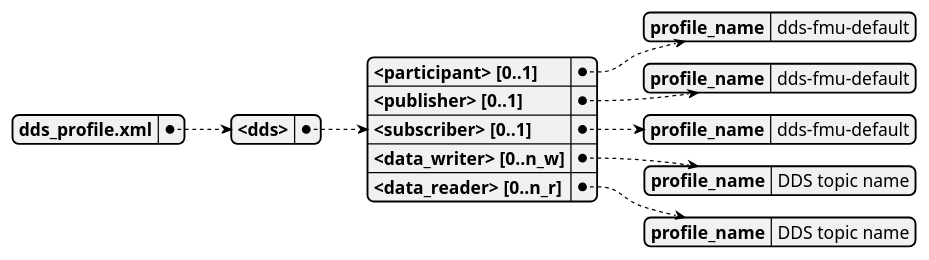
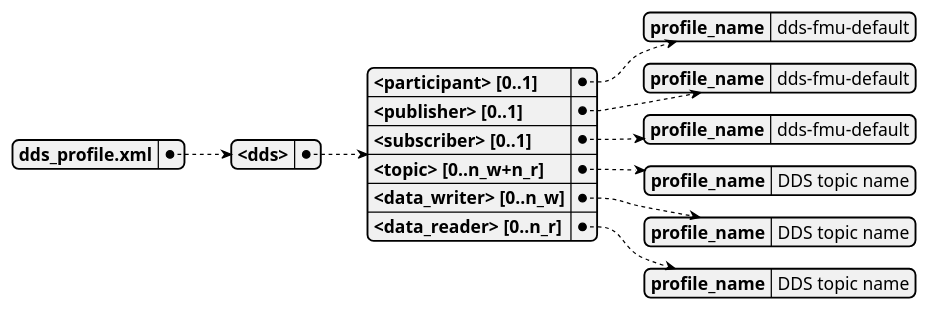
Before and after one commit to dnv-opensource/dds-fmu: the fourth of 5 diagrams in docs/pdf/readme.org, drawn with PlantUML. The commit also changed other lines of this file and 11 other files, not shown here.

```diff
--- a/docs/pdf/readme.org
+++ b/docs/pdf/readme.org
@@ -243,16 +256,18 @@
     #+begin_src plantuml :exports results :file images/xml-profiles.svg
       @startyaml
         dds_profile.xml:
            <dds>:
              <participant> [0..1]:
                profile_name: dds-fmu-default
              <publisher> [0..1]:
                profile_name: dds-fmu-default
              <subscriber> [0..1]:
                profile_name: dds-fmu-default
+             <topic> [0..n_w+n_r]:
+               profile_name: "DDS topic name"
              <data_writer> [0..n_w]:
                profile_name: "DDS topic name"
              <data_reader> [0..n_r]:
                profile_name: "DDS topic name"
       @endyaml
     #+end_src
```
